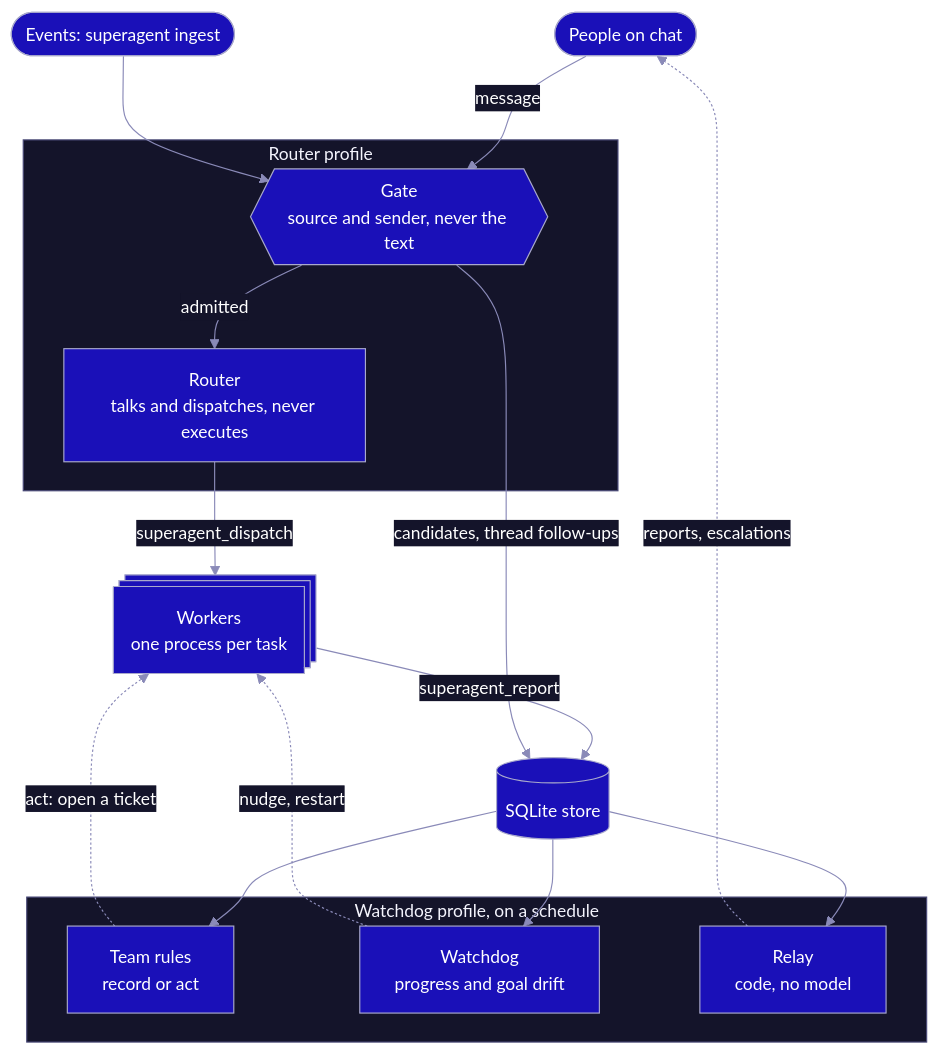
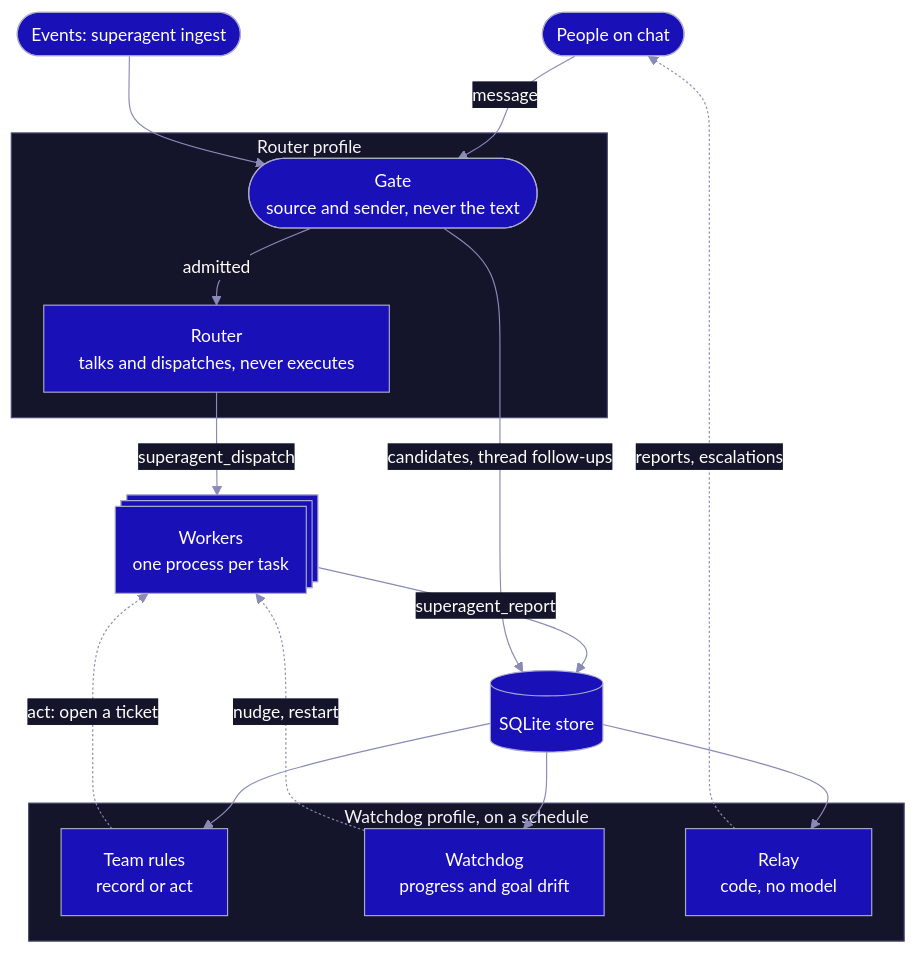
The first of 3 diagrams in README.md (AirKyzzZ/hermes-superagent), drawn with Mermaid before and after one commit.

Commit message:
docs: tune architecture diagram layout for github

````diff
--- a/README.md
+++ b/README.md
@@ -49,33 +49,33 @@
 ```mermaid
-%%{init: {"theme":"base","themeVariables":{"fontFamily":"Inter, system-ui, sans-serif","fontSize":"15px","primaryColor":"#1a10b8","primaryTextColor":"#ffffff","primaryBorderColor":"#a9a9cc","lineColor":"#8a8ab8","textColor":"#ffffff","clusterBkg":"#14142a","clusterBorder":"#4a4a78","titleColor":"#f4f4fd","edgeLabelBackground":"#14142a"}}}%%
+%%{init: {"theme":"base","layout":"dagre","flowchart":{"wrappingWidth":420,"nodeSpacing":36,"rankSpacing":44},"themeVariables":{"fontFamily":"Inter, system-ui, sans-serif","fontSize":"15px","primaryColor":"#1a10b8","primaryTextColor":"#ffffff","primaryBorderColor":"#a9a9cc","lineColor":"#8a8ab8","textColor":"#ffffff","clusterBkg":"#14142a","clusterBorder":"#4a4a78","titleColor":"#f4f4fd","edgeLabelBackground":"#14142a"}}}%%
 flowchart TB
     people(["People on chat"])
     events(["Events: superagent ingest"])
 
     subgraph routerProfile["Router profile"]
-        gate{{"Gate<br/>source and sender, never the text"}}
+        gate(["Gate<br/>source and sender, never the text"])
         router["Router<br/>talks and dispatches, never executes"]
     end
 
     workers@{ shape: procs, label: "Workers<br/>one process per task" }
     store[("SQLite store")]
 
     subgraph watchdogProfile["Watchdog profile, on a schedule"]
         rules["Team rules<br/>record or act"]
         watchdog["Watchdog<br/>progress and goal drift"]
         relay["Relay<br/>code, no model"]
     end
 
     people -->|message| gate
     events --> gate
     gate -->|admitted| router
     router -->|superagent_dispatch| workers
     workers -->|superagent_report| store
     gate -->|"candidates, thread follow-ups"| store
     store --> rules
     store --> watchdog
     store --> relay
     rules -.->|"act: open a ticket"| workers
     watchdog -.->|"nudge, restart"| workers
     relay -.->|"reports, escalations"| people
 ```
````
